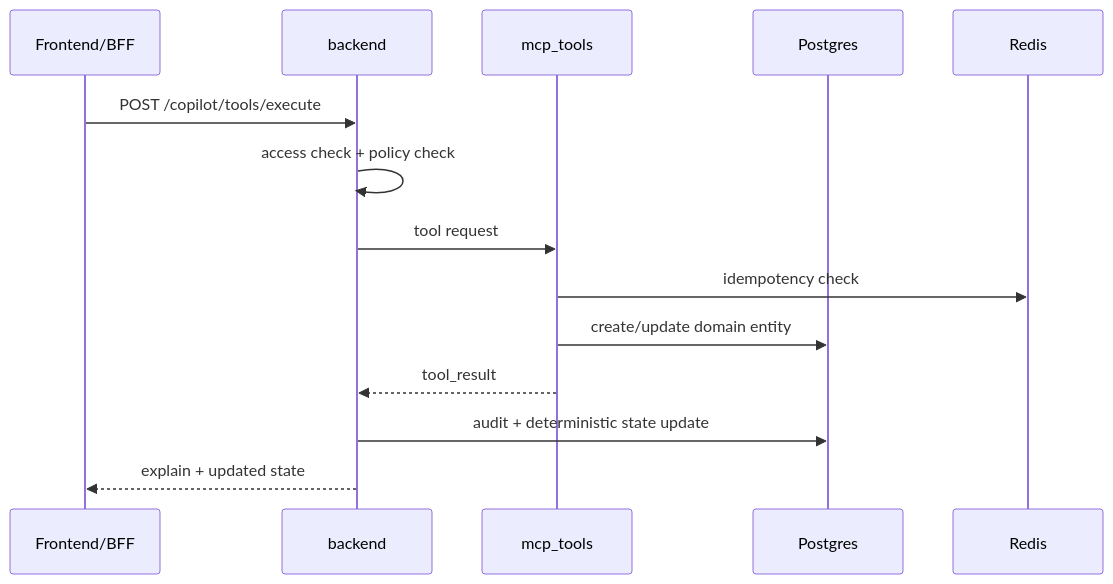
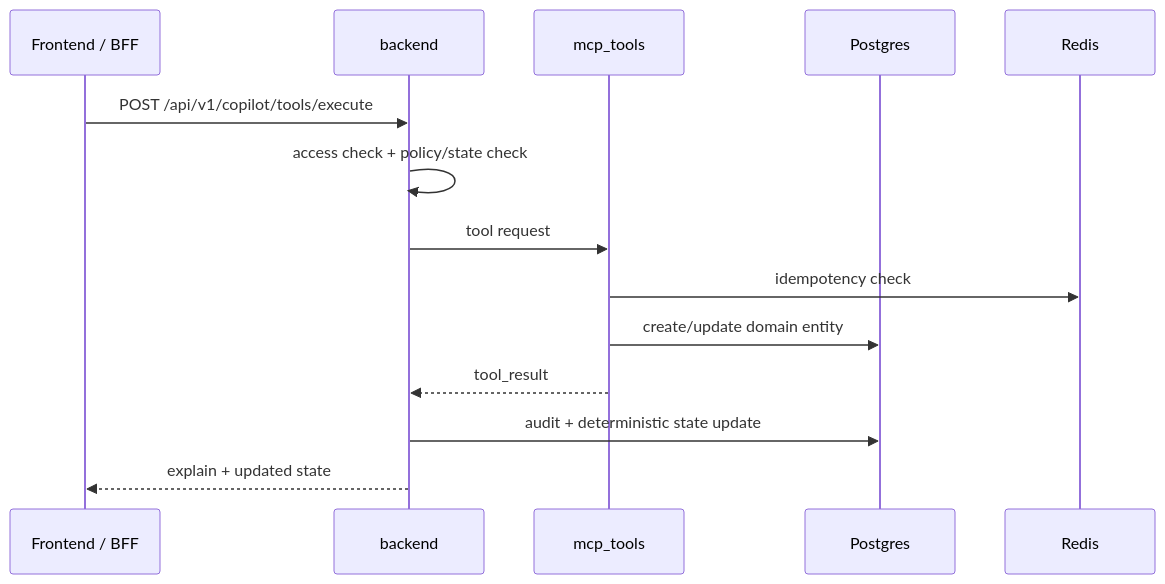
One commit to Lin-Lini/llm-copilot-bank-mvp changed the third of 3 diagrams in README.md. Above: the diagram before and after it, drawn with Mermaid. The commit also changed other lines of this file and 89 other files, not shown here.

````diff
--- a/README.md
+++ b/README.md
@@ -134,17 +133,17 @@
 ```mermaid
 sequenceDiagram
-    participant UI as Frontend/BFF
+    participant UI as Frontend / BFF
     participant BE as backend
     participant MCP as mcp_tools
     participant PG as Postgres
     participant RD as Redis
 
-    UI->>BE: POST /copilot/tools/execute
-    BE->>BE: access check + policy check
+    UI->>BE: POST /api/v1/copilot/tools/execute
+    BE->>BE: access check + policy/state check
     BE->>MCP: tool request
     MCP->>RD: idempotency check
     MCP->>PG: create/update domain entity
     MCP-->>BE: tool_result
     BE->>PG: audit + deterministic state update
     BE-->>UI: explain + updated state
 ```
````
